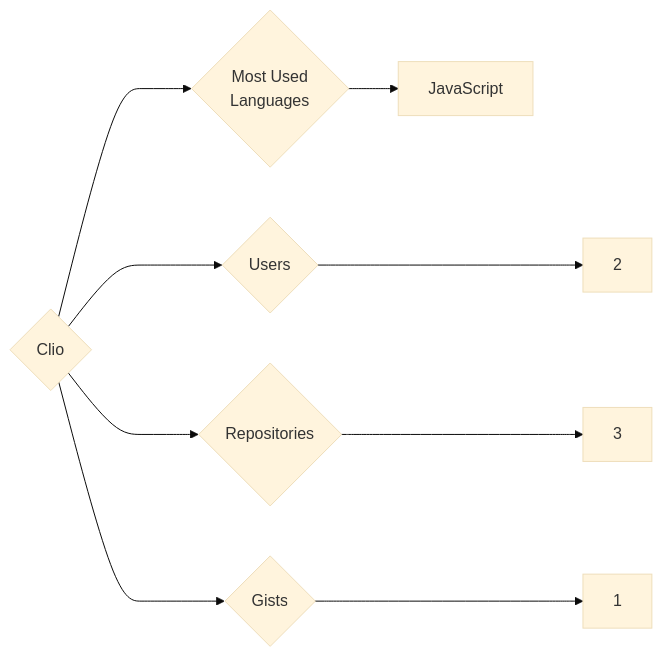
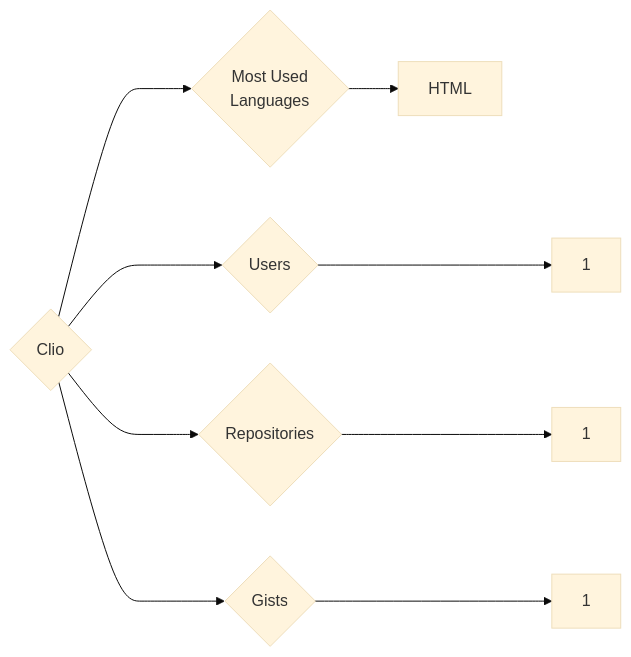
Before and after one commit to trickest/insiders: the diagram in targets/Clio/README.md, drawn with Mermaid (base theme). The commit also changed 1123 other files, not shown here.

````diff
--- a/targets/Clio/README.md
+++ b/targets/Clio/README.md
@@ -3,9 +3,9 @@
 ```mermaid
 graph LR
 COMPANY_NAME{Clio}
-COMPANY_NAME ---> U{Users} ---> UN[2]
-COMPANY_NAME ---> R{Repositories} ---> RN[3]
+COMPANY_NAME ---> U{Users} ---> UN[1]
+COMPANY_NAME ---> R{Repositories} ---> RN[1]
 COMPANY_NAME ---> G{Gists} ---> GN[1]
 COMPANY_NAME ---> ML{Most Used<br>Languages}
-ML --> JavaScript[JavaScript]
+ML --> HTML[HTML]
 ```
````
